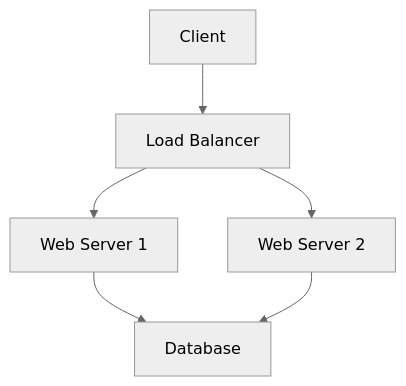
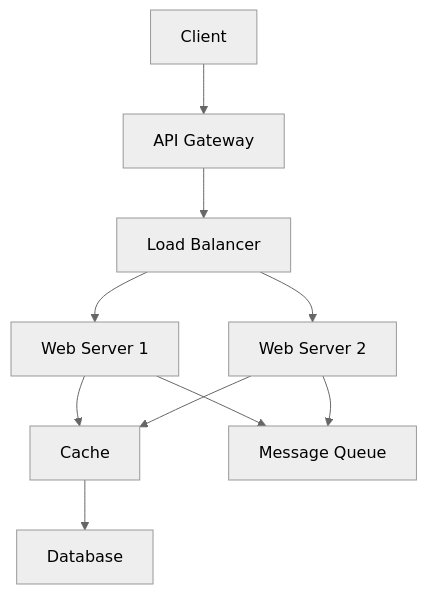
One commit to VrushankPatel/interview-matters changed the second of 2 diagrams in system-design-basics/README.md. Above: the diagram before and after it, drawn with Mermaid (neutral theme). The commit also changed other lines of this file and 5 other files, not shown here.

````diff
--- a/system-design-basics/README.md
+++ b/system-design-basics/README.md
@@ -39,8 +111,12 @@
 ```mermaid
 graph TD
-    A[Client] --> B[Load Balancer]
-    B --> C[Web Server 1]
-    B --> D[Web Server 2]
-    C --> E[Database]
-    D --> E
+    A[Client] --> B[API Gateway]
+    B --> C[Load Balancer]
+    C --> D[Web Server 1]
+    C --> E[Web Server 2]
+    D --> F[Cache]
+    E --> F
+    F --> G[Database]
+    D --> H[Message Queue]
+    E --> H
 ```
````
